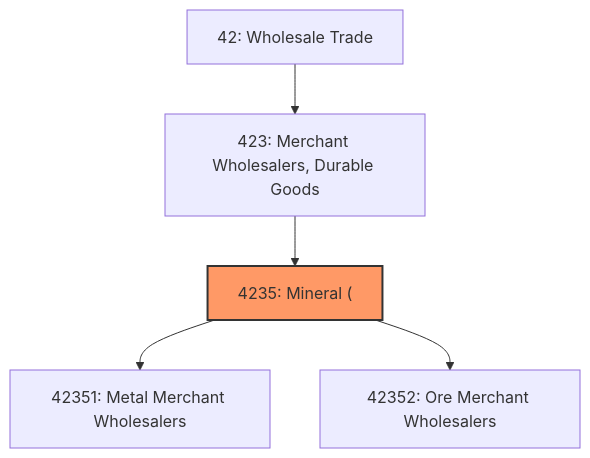
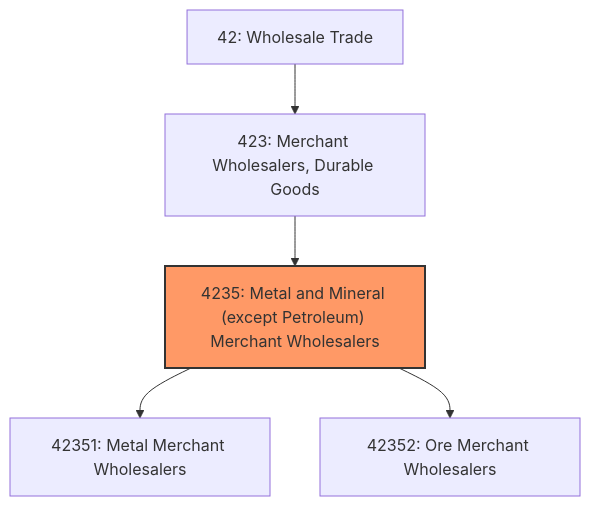
The first of 3 diagrams in industries/Wholesale/MerchantWholesalersDurableGoods/Mineral/index.mdx (kziemski/business.org.ai), drawn with Mermaid before and after one commit. The commit also changed other lines of this file and 67418 other files, not shown here.

````diff
--- a/industries/Wholesale/MerchantWholesalersDurableGoods/Mineral/index.mdx
+++ b/industries/Wholesale/MerchantWholesalersDurableGoods/Mineral/index.mdx
@@ -22,9 +22,9 @@
 ```mermaid
 graph TD
     S42["42: Wholesale Trade"]
     S42 --> N423["423: Merchant Wholesalers, Durable Goods"]
-    N423 --> N4235["4235: Mineral ("]
+    N423 --> N4235["4235: Metal and Mineral (except Petroleum) Merchant Wholesalers"]
     style N4235 fill:#f96,stroke:#333,stroke-width:2px
     N4235 --> N42351["42351: Metal Merchant Wholesalers"]
     N4235 --> N42352["42352: Ore Merchant Wholesalers"]
 ```
````
